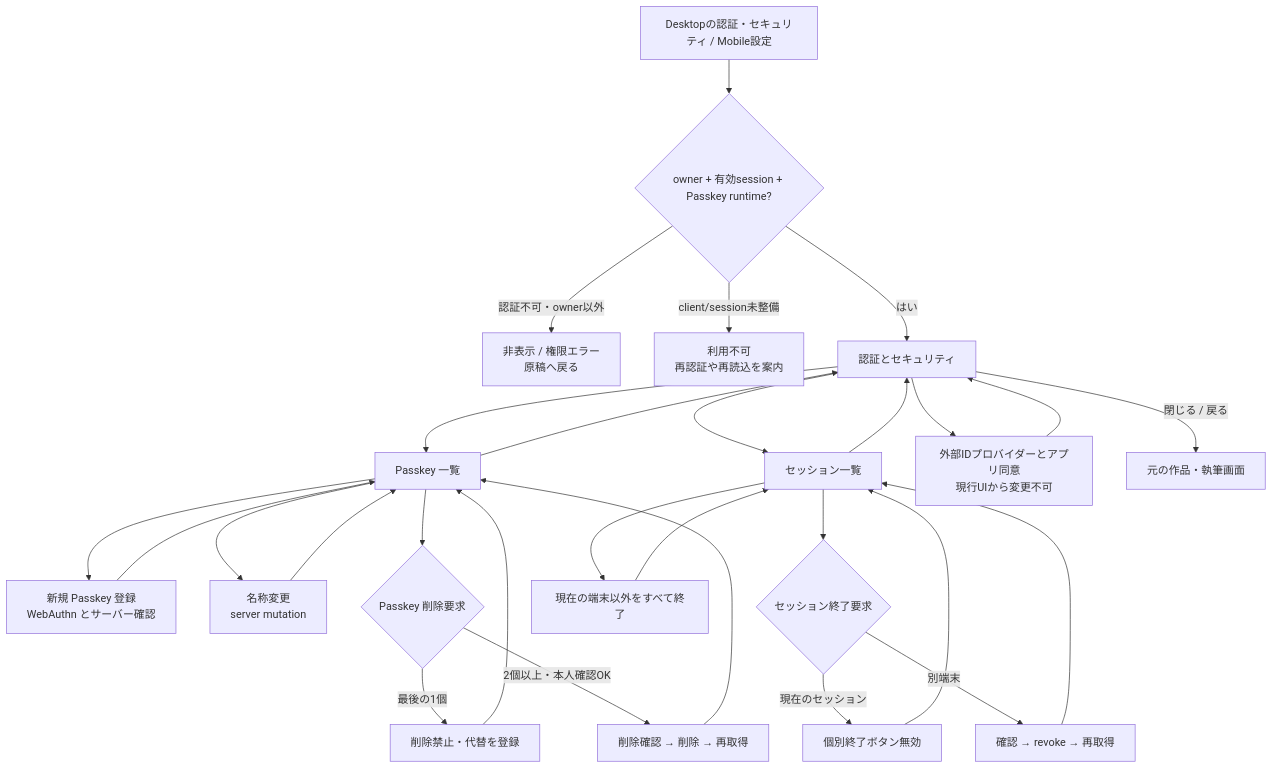
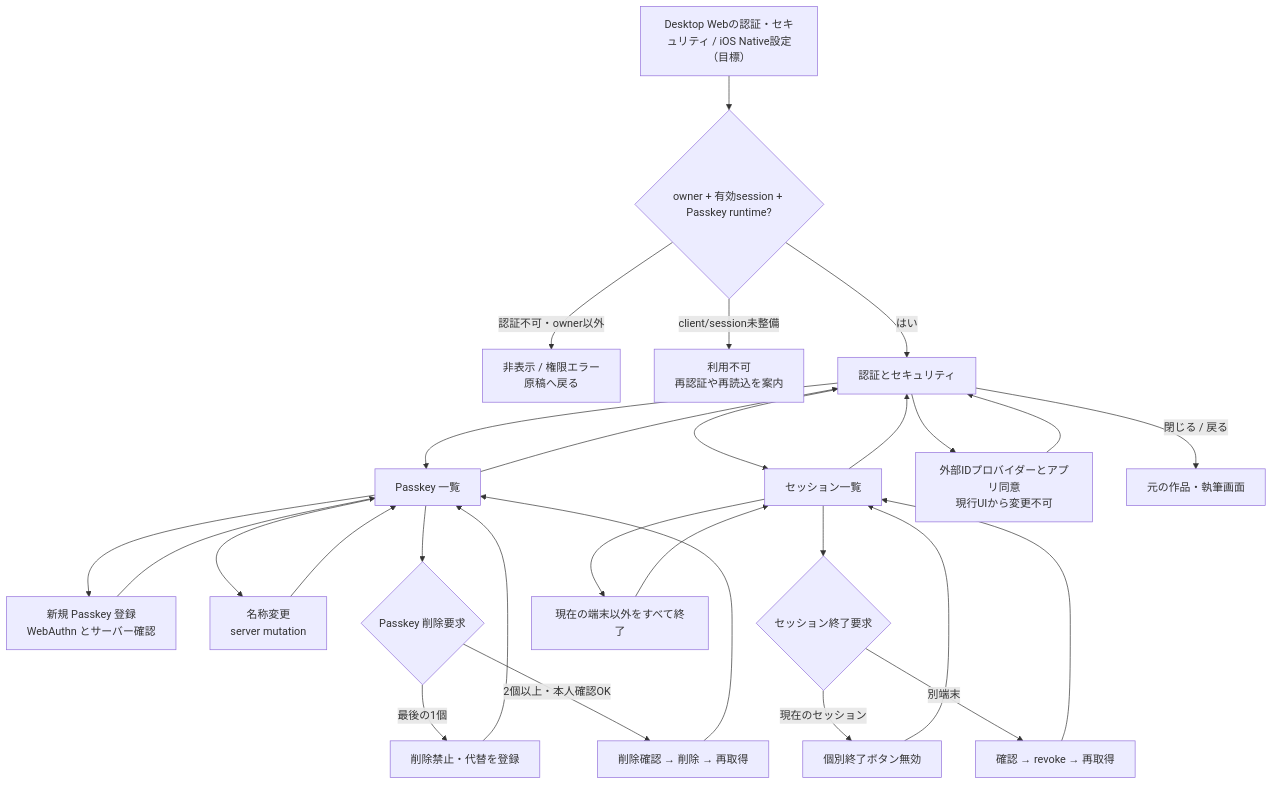
The first of 6 diagrams in docs/design/ADMIN-SCREEN-FLOW.md (yohn-jp/codexia), drawn with Mermaid before and after one commit. The commit also changed other lines of this file, not shown here.

Commit message:
docs: align owner console flow with native SwiftUI app split

````diff
--- a/docs/design/ADMIN-SCREEN-FLOW.md
+++ b/docs/design/ADMIN-SCREEN-FLOW.md
@@ -16,30 +16,30 @@
 ```mermaid
 flowchart TD
-    ENTRY["Desktopの認証・セキュリティ / Mobile設定"] --> GATE{"owner + 有効session + Passkey runtime?"}
+    ENTRY["Desktop Webの認証・セキュリティ / iOS Native設定（目標）"] --> GATE{"owner + 有効session + Passkey runtime?"}
     GATE -->|認証不可・owner以外| DENY["非表示 / 権限エラー<br/>原稿へ戻る"]
     GATE -->|client/session未整備| UNAVAILABLE["利用不可<br/>再認証や再読込を案内"]
     GATE -->|はい| HOME["認証とセキュリティ"]
     HOME --> PASS["Passkey 一覧"]
     HOME --> SESS["セッション一覧"]
     HOME --> STAGED["外部IDプロバイダーとアプリ同意<br/>現行UIから変更不可"]
     PASS --> ADD["新規 Passkey 登録<br/>WebAuthn とサーバー確認"]
     PASS --> RENAME["名称変更<br/>server mutation"]
     PASS --> DELETE{"Passkey 削除要求"}
     DELETE -->|最後の1個| DENY_DELETE["削除禁止・代替を登録"]
     DELETE -->|2個以上・本人確認OK| CONF_DELETE["削除確認 → 削除 → 再取得"]
     ADD --> PASS
     RENAME --> PASS
     CONF_DELETE --> PASS
     DENY_DELETE --> PASS
     SESS --> REVOKE{"セッション終了要求"}
     REVOKE -->|現在のセッション| DENY_SESS["個別終了ボタン無効"]
     REVOKE -->|別端末| CONF_SESS["確認 → revoke → 再取得"]
     SESS --> REVOKE_ALL["現在の端末以外をすべて終了"]
     REVOKE_ALL --> SESS
     DENY_SESS --> SESS
     CONF_SESS --> SESS
     PASS --> HOME
     SESS --> HOME
     STAGED --> HOME
     HOME -->|閉じる / 戻る| RETURN["元の作品・執筆画面"]
 ```
````
